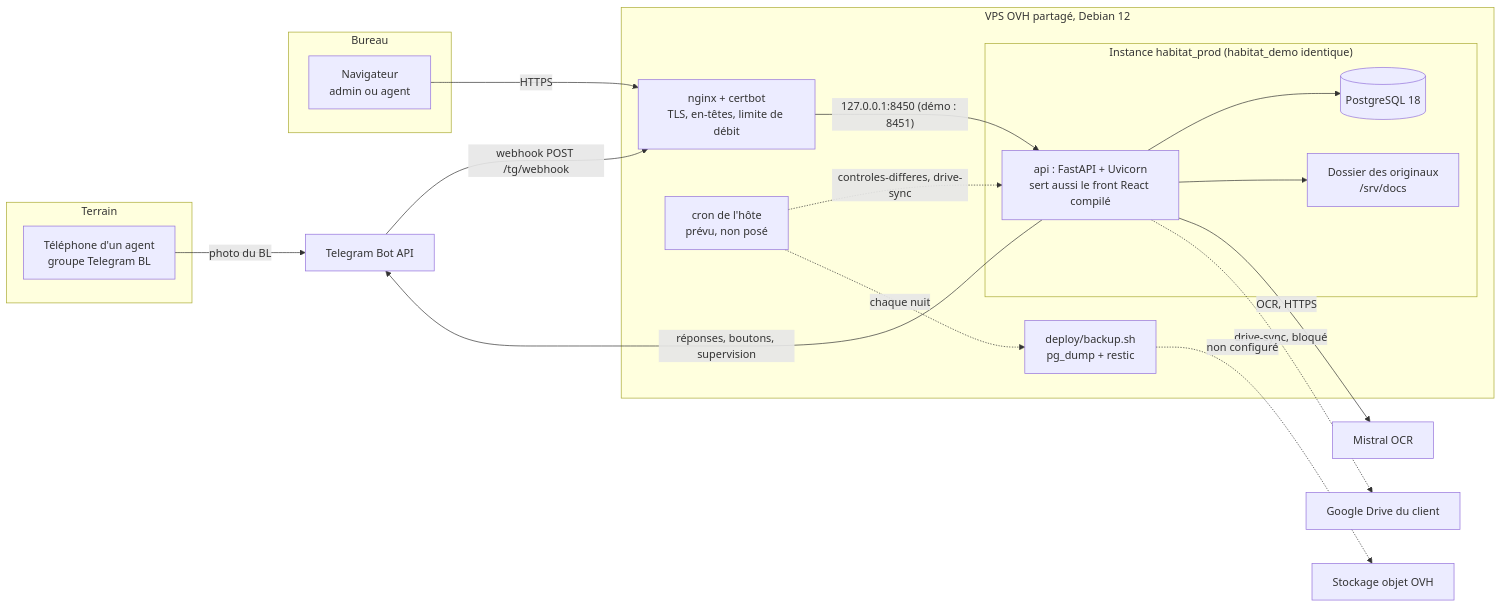
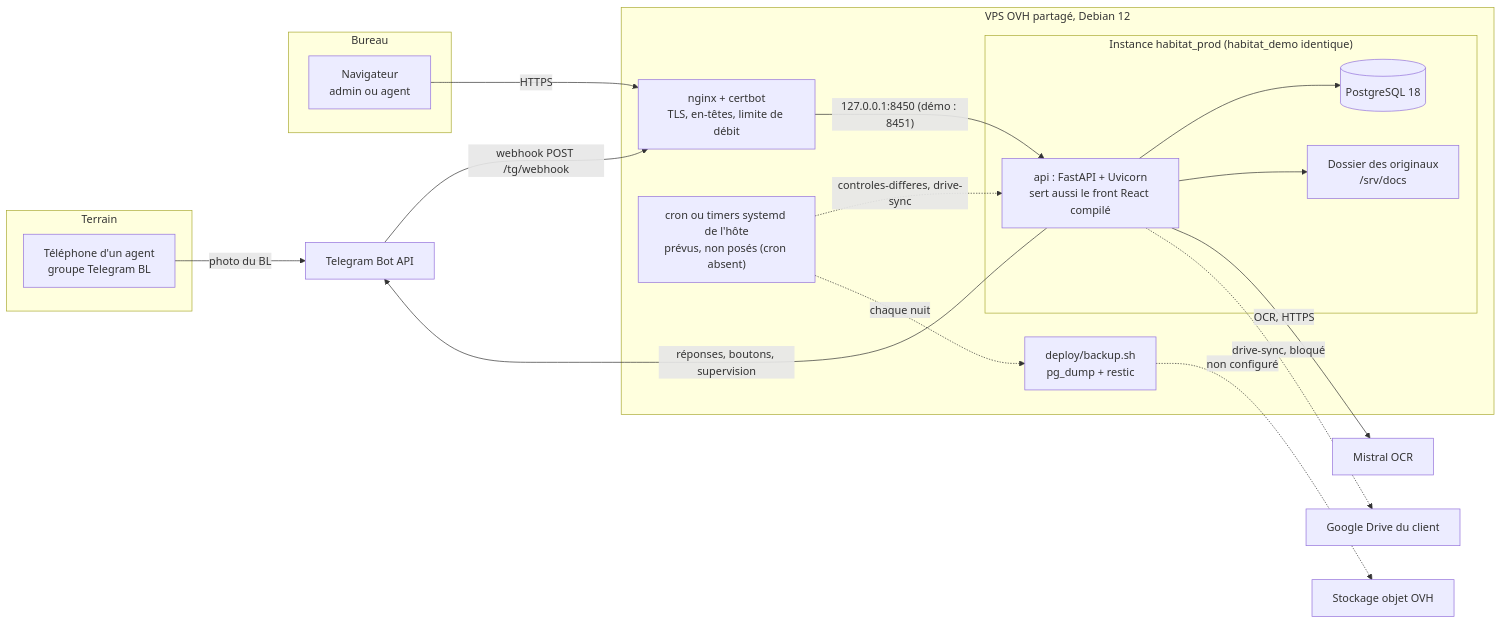
Before and after one commit to Asuura666/habitat-renovation: the diagram in infra/README.md, drawn with Mermaid. The commit also changed other lines of this file, not shown here.

````diff
--- a/infra/README.md
+++ b/infra/README.md
@@ -294,37 +312,37 @@
 ```mermaid
 flowchart LR
   subgraph Terrain
     PHONE["Téléphone d'un agent<br/>groupe Telegram BL"]
   end
   subgraph Bureau
     NAV["Navigateur<br/>admin ou agent"]
   end
   TG["Telegram Bot API"]
   MISTRAL["Mistral OCR"]
   GD["Google Drive du client"]
   S3["Stockage objet OVH"]
 
   subgraph VPS["VPS OVH partagé, Debian 12"]
     NGINX["nginx + certbot<br/>TLS, en-têtes, limite de débit"]
     subgraph INST["Instance habitat_prod (habitat_demo identique)"]
       API["api : FastAPI + Uvicorn<br/>sert aussi le front React compilé"]
       PG[("PostgreSQL 18")]
       DOCS["Dossier des originaux<br/>/srv/docs"]
     end
-    CRON["cron de l'hôte<br/>prévu, non posé"]
+    CRON["cron ou timers systemd de l'hôte<br/>prévus, non posés (cron absent)"]
     BK["deploy/backup.sh<br/>pg_dump + restic"]
   end
 
   PHONE -- "photo du BL" --> TG
   TG -- "webhook POST /tg/webhook" --> NGINX
   NAV -- "HTTPS" --> NGINX
   NGINX -- "127.0.0.1:8450 (démo : 8451)" --> API
   API --> PG
   API --> DOCS
   API -- "OCR, HTTPS" --> MISTRAL
   API -- "réponses, boutons, supervision" --> TG
   CRON -. "controles-differes, drive-sync" .-> API
   API -. "drive-sync, bloqué" .-> GD
   CRON -. "chaque nuit" .-> BK
   BK -. "non configuré" .-> S3
 ```
````
